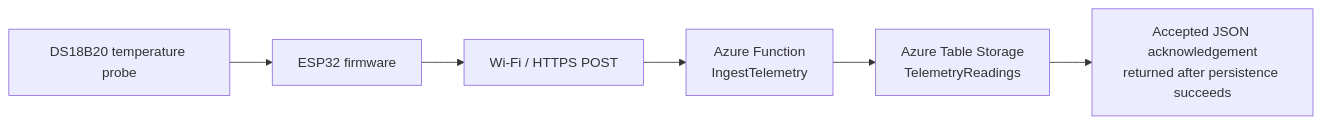
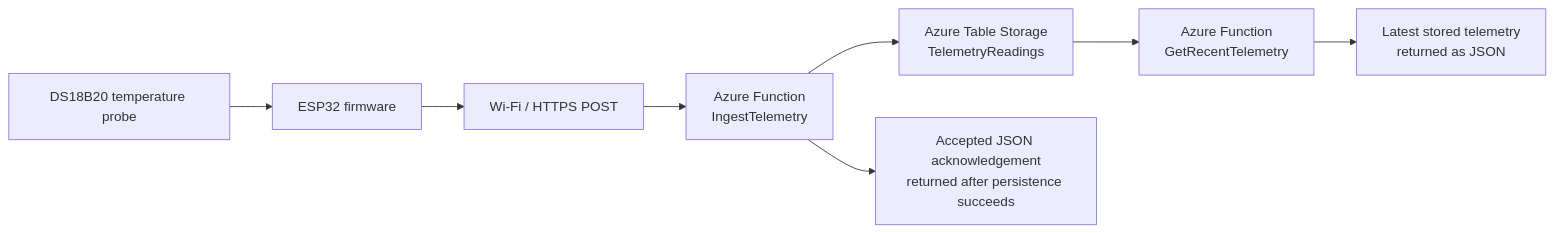
Before and after one commit to sdaly-ie/hivewatch-cloud-iot: the diagram in README.md, drawn with Mermaid. The commit also changed other lines of this file, not shown here.

Commit message:
Update README for telemetry retrieval milestone

````diff
--- a/README.md
+++ b/README.md
@@ -59,8 +68,10 @@
 ```mermaid
 flowchart LR
     A[DS18B20 temperature probe] --> B[ESP32 firmware]
     B --> C[Wi-Fi / HTTPS POST]
     C --> D[Azure Function<br/>IngestTelemetry]
     D --> E[Azure Table Storage<br/>TelemetryReadings]
-    E --> F[Accepted JSON acknowledgement<br/>returned after persistence succeeds]
+    D --> F[Accepted JSON acknowledgement<br/>returned after persistence succeeds]
+    E --> G[Azure Function<br/>GetRecentTelemetry]
+    G --> H[Latest stored telemetry<br/>returned as JSON]
 ```
````
